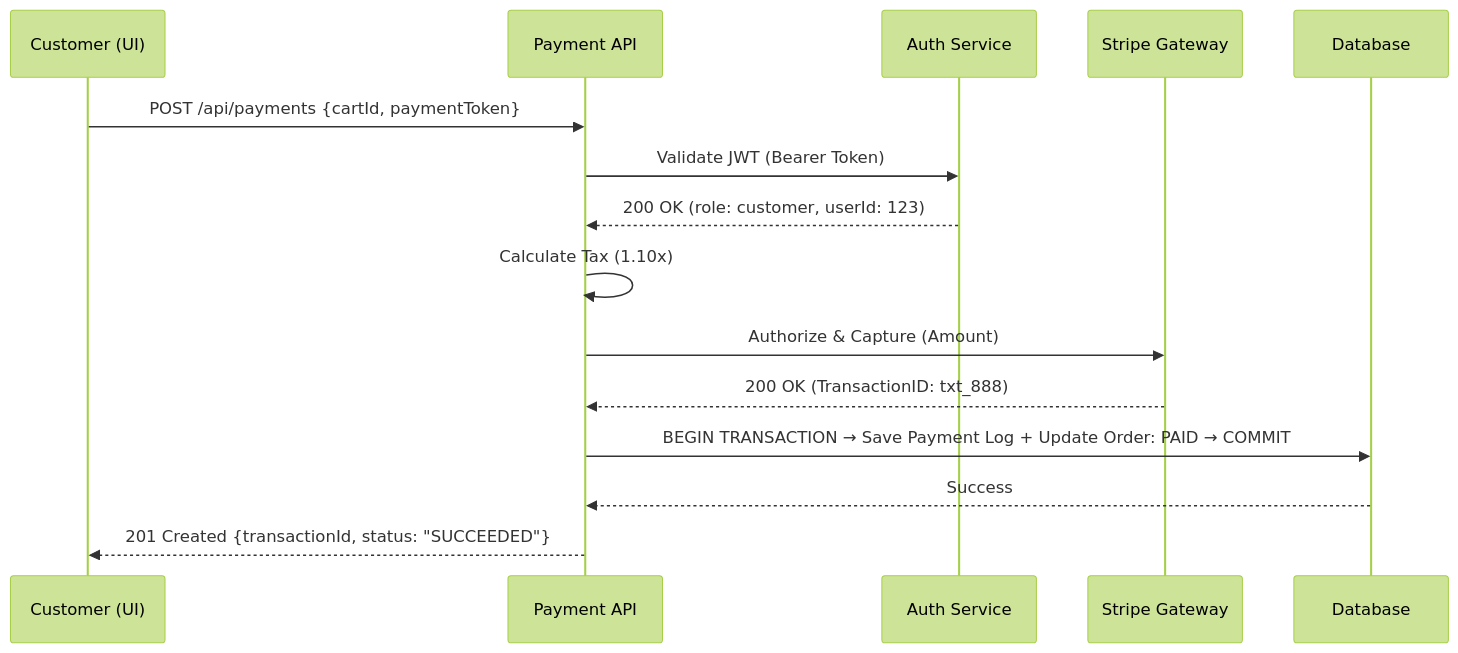
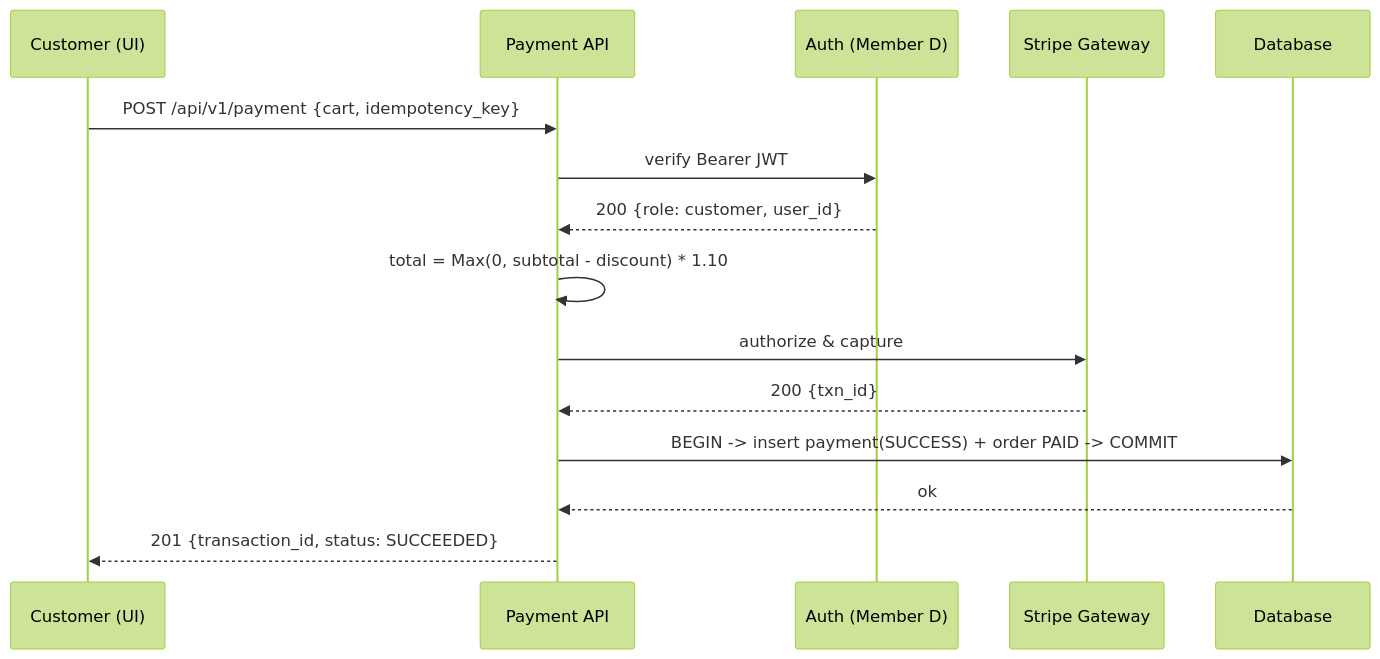
The second of 9 diagrams in docs/phases/combined_phase2.md (khairyKY/customer-ordering-system), drawn with Mermaid (forest theme) before and after one commit. The commit also changed other lines of this file and 3 other files, not shown here.

````diff
--- a/docs/phases/combined_phase2.md
+++ b/docs/phases/combined_phase2.md
@@ -277,18 +226,18 @@
 ```mermaid
 sequenceDiagram
     participant C as Customer (UI)
     participant P as Payment API
-    participant A as Auth Service
+    participant A as Auth (Member D)
     participant G as Stripe Gateway
     participant D as Database
 
-    C->>P: POST /api/payments {cartId, paymentToken}
-    P->>A: Validate JWT (Bearer Token)
-    A-->>P: 200 OK (role: customer, userId: 123)
-    P->>P: Calculate Tax (1.10x)
-    P->>G: Authorize & Capture (Amount)
-    G-->>P: 200 OK (TransactionID: txt_888)
-    P->>D: BEGIN TRANSACTION → Save Payment Log + Update Order: PAID → COMMIT
-    D-->>P: Success
-    P-->>C: 201 Created {transactionId, status: "SUCCEEDED"}
+    C->>P: POST /api/v1/payment {cart, idempotency_key}
+    P->>A: verify Bearer JWT
+    A-->>P: 200 {role: customer, user_id}
+    P->>P: total = Max(0, subtotal - discount) * 1.10
+    P->>G: authorize & capture
+    G-->>P: 200 {txn_id}
+    P->>D: BEGIN -> insert payment(SUCCESS) + order PAID -> COMMIT
+    D-->>P: ok
+    P-->>C: 201 {transaction_id, status: SUCCEEDED}
 ```
````
